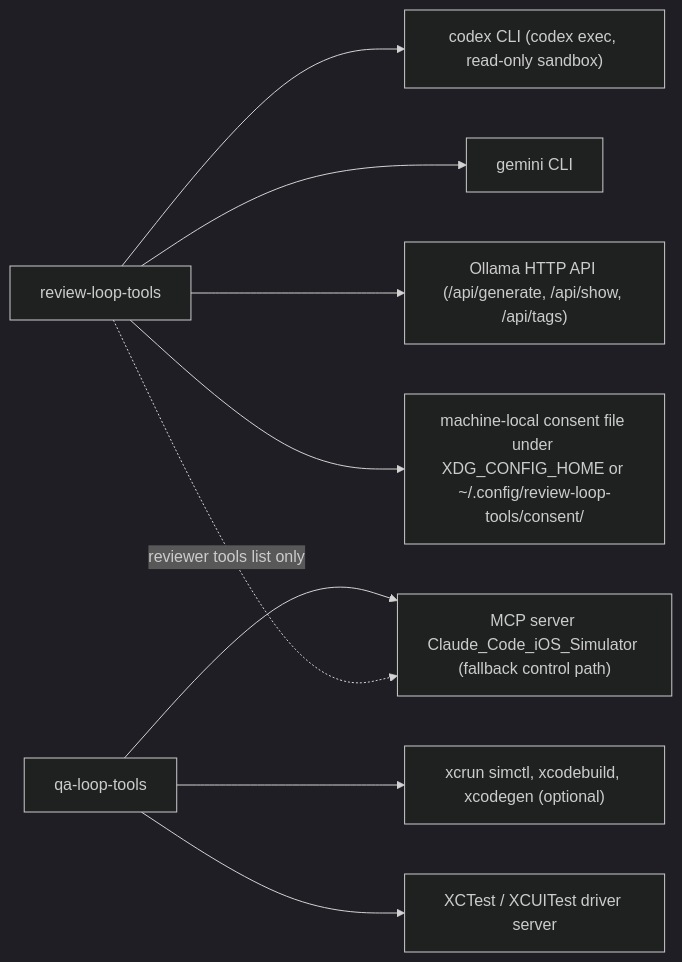
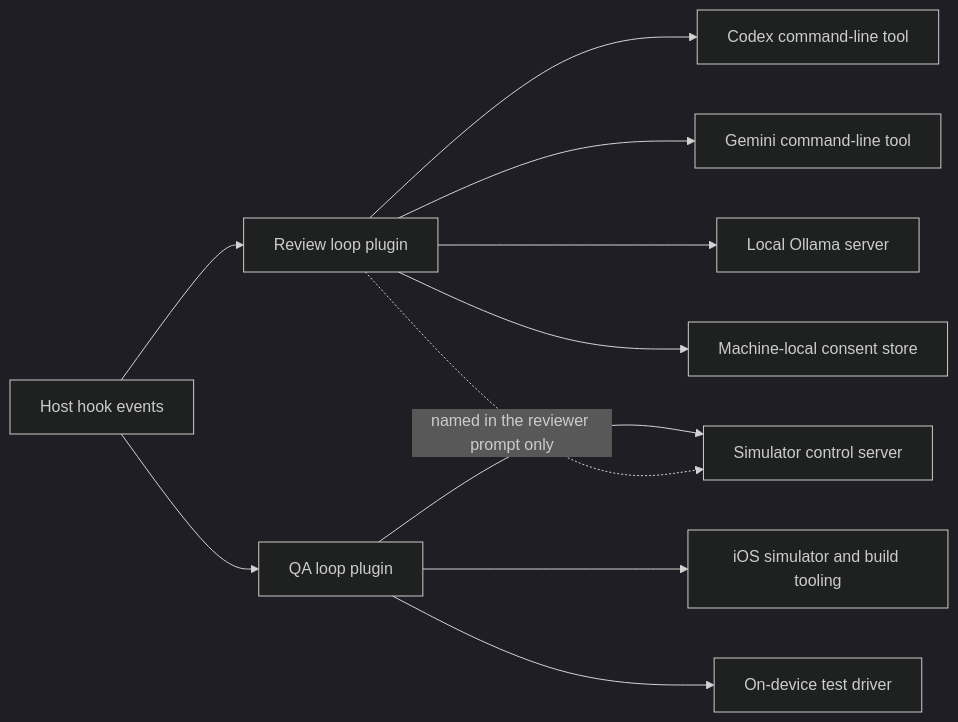
Before and after one commit to peterlit/quiller-claude-plugins: the third of 18 diagrams in docs/architecture/overview.md, drawn with Mermaid (dark theme). The commit also changed other lines of this file and 5 other files, not shown here.

````diff
--- a/docs/architecture/overview.md
+++ b/docs/architecture/overview.md
@@ -98,20 +143,23 @@
 ```mermaid
 flowchart LR
-    RL["review-loop-tools"]
-    QA["qa-loop-tools"]
-    CODEX["codex CLI (codex exec, read-only sandbox)"]
-    GEM["gemini CLI"]
-    OLL["Ollama HTTP API (/api/generate, /api/show, /api/tags)"]
-    XDG["machine-local consent file under XDG_CONFIG_HOME or ~/.config/review-loop-tools/consent/"]
-    SIM["xcrun simctl, xcodebuild, xcodegen (optional)"]
-    XCT["XCTest / XCUITest driver server"]
-    MCP["MCP server Claude_Code_iOS_Simulator (fallback control path)"]
+    RL["Review loop plugin"]
+    QA["QA loop plugin"]
+    HK["Host hook events"]
+    CODEX["Codex command-line tool"]
+    GEM["Gemini command-line tool"]
+    OLL["Local Ollama server"]
+    CONS["Machine-local consent store"]
+    SIM["iOS simulator and build tooling"]
+    DRV["On-device test driver"]
+    MCP["Simulator control server"]
+    HK --> RL
+    HK --> QA
     RL --> CODEX
     RL --> GEM
     RL --> OLL
-    RL --> XDG
+    RL --> CONS
     QA --> SIM
-    QA --> XCT
+    QA --> DRV
     QA --> MCP
-    RL -.->|"reviewer tools list only"| MCP
+    RL -.->|"named in the reviewer prompt only"| MCP
 ```
````
